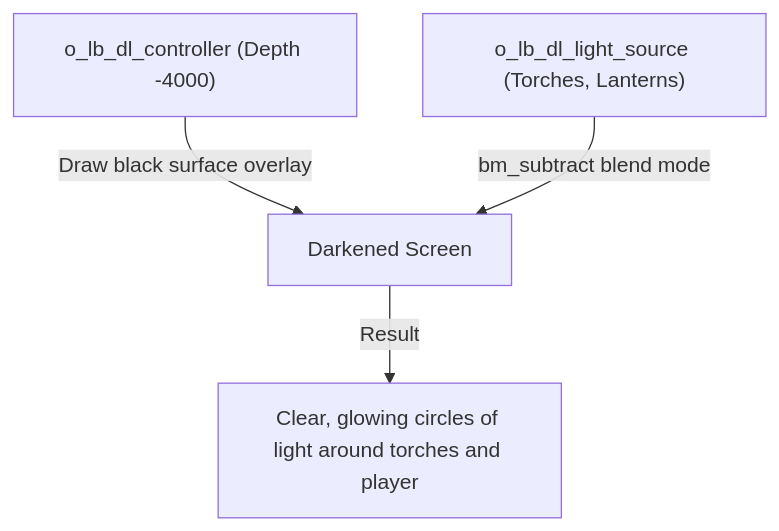
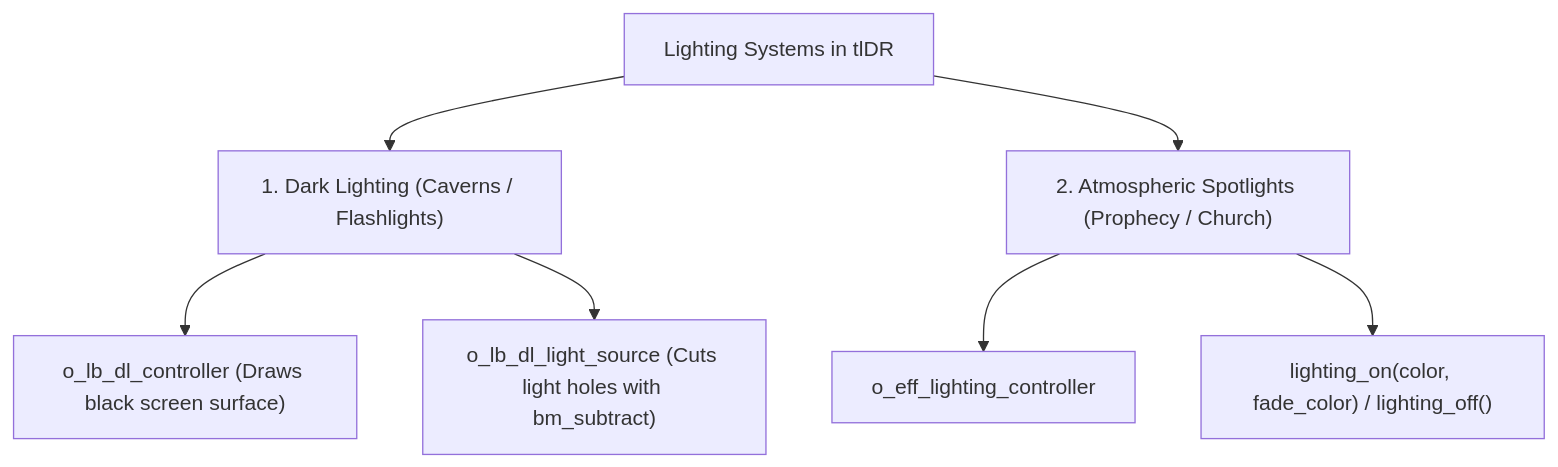
Before and after one commit to profsergiocosta/tldr-handbook: the diagram in docs/overworld/lighting-and-atmosphere.md, drawn with Mermaid. The commit also changed other lines of this file, not shown here.

````diff
--- a/docs/overworld/lighting-and-atmosphere.md
+++ b/docs/overworld/lighting-and-atmosphere.md
@@ -17,6 +15,9 @@
 ```mermaid
 graph TD
-    A["o_lb_dl_controller (Depth -4000)"] -->|Draw black surface overlay| B["Darkened Screen"]
-    C["o_lb_dl_light_source (Torches, Lanterns)"] -->|bm_subtract blend mode| B
-    B -->|Result| D["Clear, glowing circles of light around torches and player"]
+    A["Lighting Systems in tlDR"] --> B["1. Dark Lighting (Caverns / Flashlights)"]
+    A --> C["2. Atmospheric Spotlights (Prophecy / Church)"]
+    B --> D["o_lb_dl_controller (Draws black screen surface)"]
+    B --> E["o_lb_dl_light_source (Cuts light holes with bm_subtract)"]
+    C --> F["o_eff_lighting_controller"]
+    C --> G["lighting_on(color, fade_color) / lighting_off()"]
 ```
````
